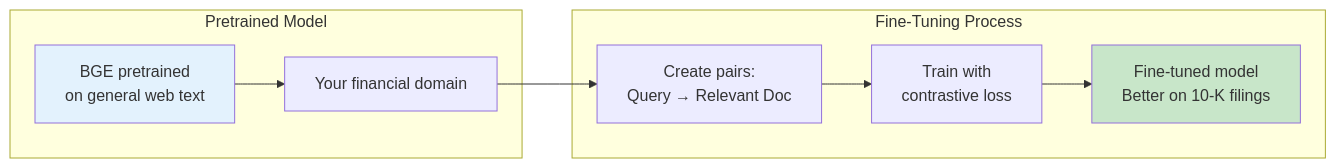
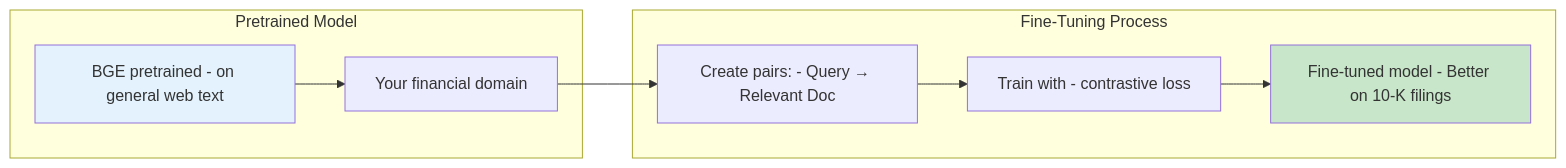
The sixth of 9 diagrams in docs/learning/02-embeddings-vectors.md (indhra/llm_rag_sec_findings), drawn with Mermaid before and after one commit. The commit also changed other lines of this file and 9 other files, not shown here.

````diff
--- a/docs/learning/02-embeddings-vectors.md
+++ b/docs/learning/02-embeddings-vectors.md
@@ -238,15 +238,15 @@
 ```mermaid
 graph LR
     subgraph "Pretrained Model"
-        P[BGE pretrained<br/>on general web text] --> F[Your financial domain]
+        P[BGE pretrained - on general web text] --> F[Your financial domain]
     end
     
     subgraph "Fine-Tuning Process"
-        F --> D[Create pairs:<br/>Query → Relevant Doc]
-        D --> T[Train with<br/>contrastive loss]
-        T --> M[Fine-tuned model<br/>Better on 10-K filings]
+        F --> D[Create pairs: - Query → Relevant Doc]
+        D --> T[Train with - contrastive loss]
+        T --> M[Fine-tuned model - Better on 10-K filings]
     end
     
     style P fill:#e3f2fd
     style M fill:#c8e6c9
 ```
````
